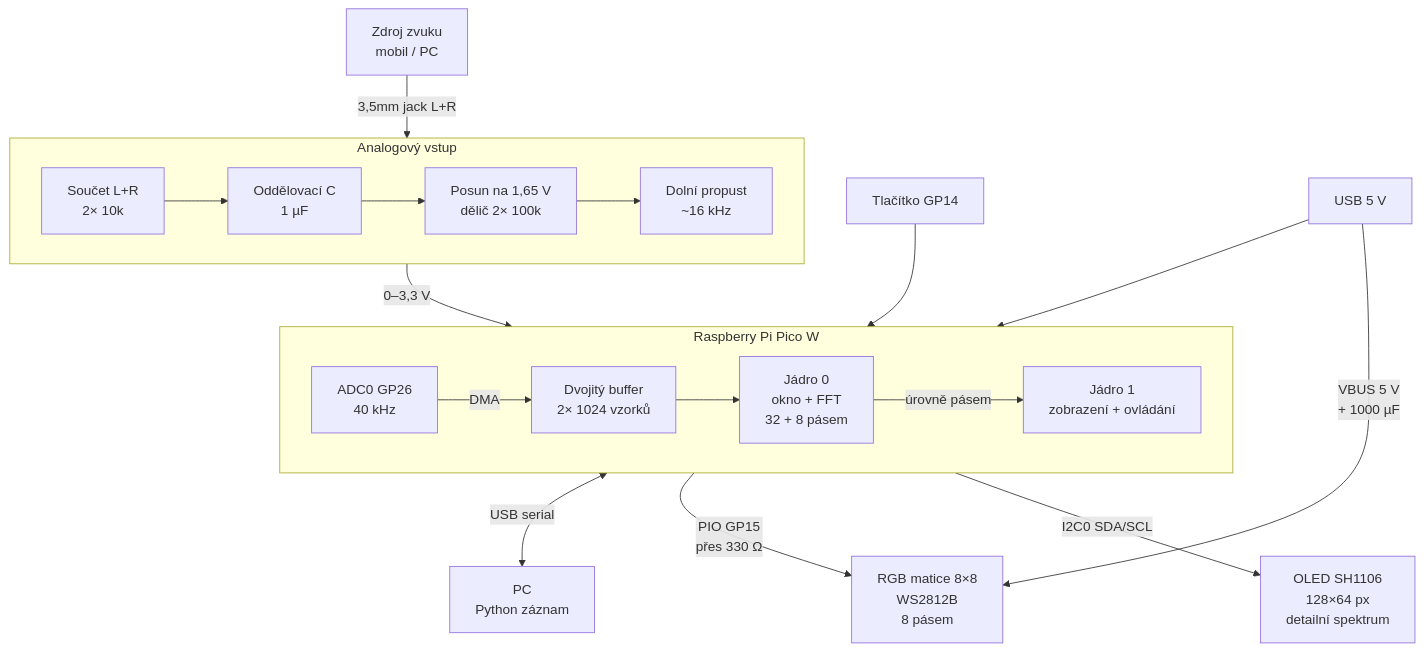
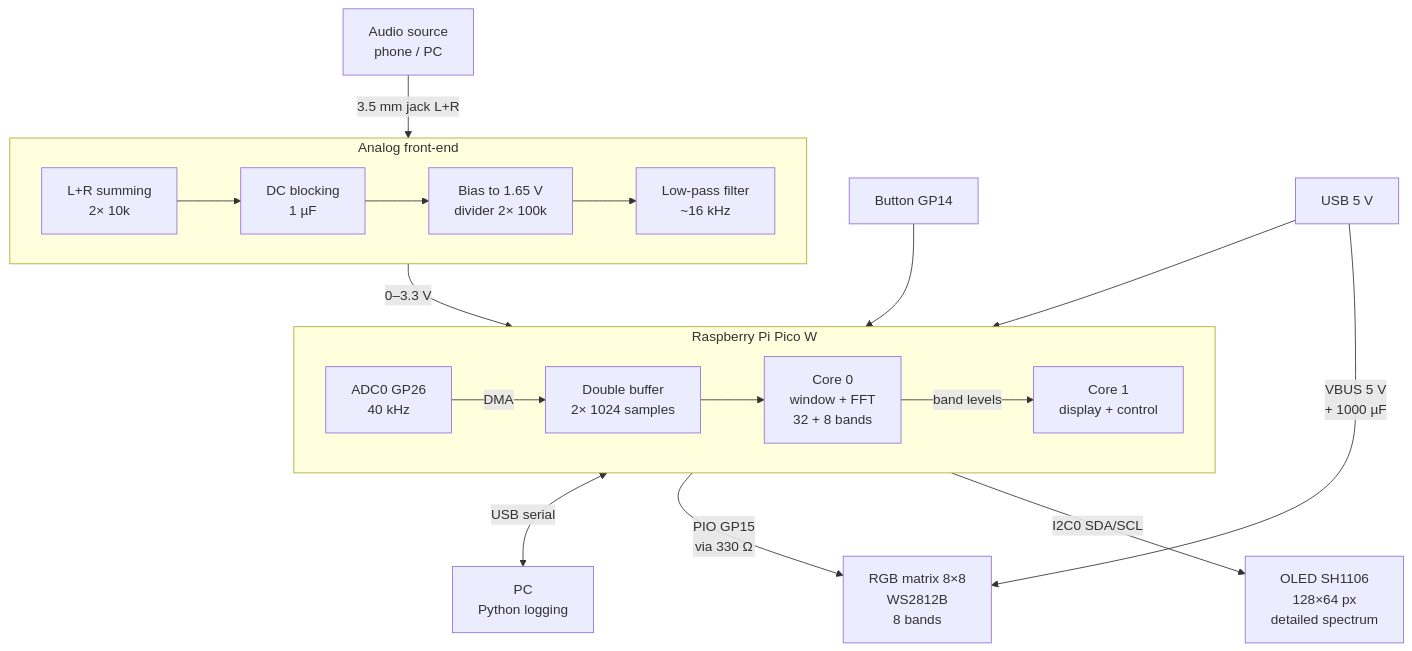
One commit to Rauf16/de2-audio-spectrum changed the diagram in README.md. Above: the diagram before and after it, drawn with Mermaid. The commit also changed other lines of this file, not shown here.

````diff
--- a/README.md
+++ b/README.md
@@ -80,29 +94,29 @@
 ```mermaid
 flowchart TB
-  SRC[Zdroj zvuku<br/>mobil / PC]
+  SRC[Audio source<br/>phone / PC]
 
-  subgraph AFE[Analogový vstup]
+  subgraph AFE[Analog front-end]
     direction LR
-    MIX[Součet L+R<br/>2× 10k] --> CAP[Oddělovací C<br/>1 µF] --> BIAS[Posun na 1,65 V<br/>dělič 2× 100k] --> LPF[Dolní propust<br/>~16 kHz]
+    MIX[L+R summing<br/>2× 10k] --> CAP[DC blocking<br/>1 µF] --> BIAS[Bias to 1.65 V<br/>divider 2× 100k] --> LPF[Low-pass filter<br/>~16 kHz]
   end
 
   subgraph PICO[Raspberry Pi Pico W]
     direction LR
-    ADC[ADC0 GP26<br/>40 kHz] -->|DMA| BUF[Dvojitý buffer<br/>2× 1024 vzorků] --> C0[Jádro 0<br/>okno + FFT<br/>32 + 8 pásem] -->|úrovně pásem| C1[Jádro 1<br/>zobrazení + ovládání]
+    ADC[ADC0 GP26<br/>40 kHz] -->|DMA| BUF[Double buffer<br/>2× 1024 samples] --> C0[Core 0<br/>window + FFT<br/>32 + 8 bands] -->|band levels| C1[Core 1<br/>display + control]
   end
 
-  BTN[Tlačítko GP14]
+  BTN[Button GP14]
   PWR[USB 5 V]
-  OLED[OLED SH1106<br/>128×64 px<br/>detailní spektrum]
-  RGB[RGB matice 8×8<br/>WS2812B<br/>8 pásem]
-  PC[PC<br/>Python záznam]
+  OLED[OLED SH1106<br/>128×64 px<br/>detailed spectrum]
+  RGB[RGB matrix 8×8<br/>WS2812B<br/>8 bands]
+  PC[PC<br/>Python logging]
 
-  SRC -->|3,5mm jack L+R| AFE
-  AFE -->|0–3,3 V| PICO
+  SRC -->|3.5 mm jack L+R| AFE
+  AFE -->|0–3.3 V| PICO
   BTN --> PICO
   PWR --> PICO
   PICO -->|I2C0 SDA/SCL| OLED
-  PICO -->|PIO GP15<br/>přes 330 Ω| RGB
+  PICO -->|PIO GP15<br/>via 330 Ω| RGB
   PICO <-->|USB serial| PC
   PWR -->|VBUS 5 V<br/>+ 1000 µF| RGB
 ```
````
